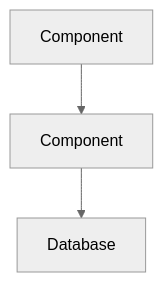
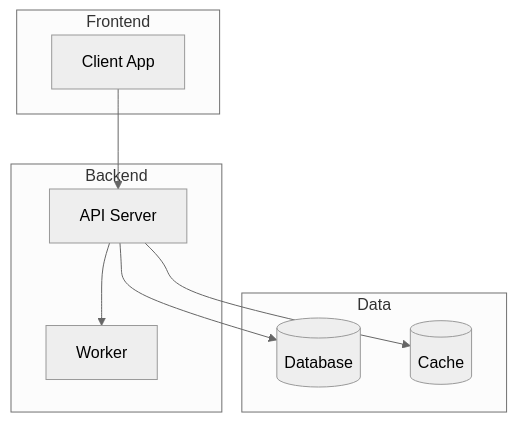
One commit to nobelk/claude-tools changed the diagram in .claude/commands/onboard.md. Above: the diagram before and after it, drawn with Mermaid (neutral theme). The commit also changed other lines of this file and 20 other files, not shown here.

````diff
--- a/.claude/commands/onboard.md
+++ b/.claude/commands/onboard.md
@@ -55,5 +111,18 @@
 ```mermaid
 graph TD
-    A[Component] --> B[Component]
-    B --> C[Database]
+    subgraph "Frontend"
+        A[Client App]
+    end
+    subgraph "Backend"
+        B[API Server]
+        C[Worker]
+    end
+    subgraph "Data"
+        D[(Database)]
+        E[(Cache)]
+    end
+    A --> B
+    B --> D
+    B --> E
+    B --> C
 ```
````
